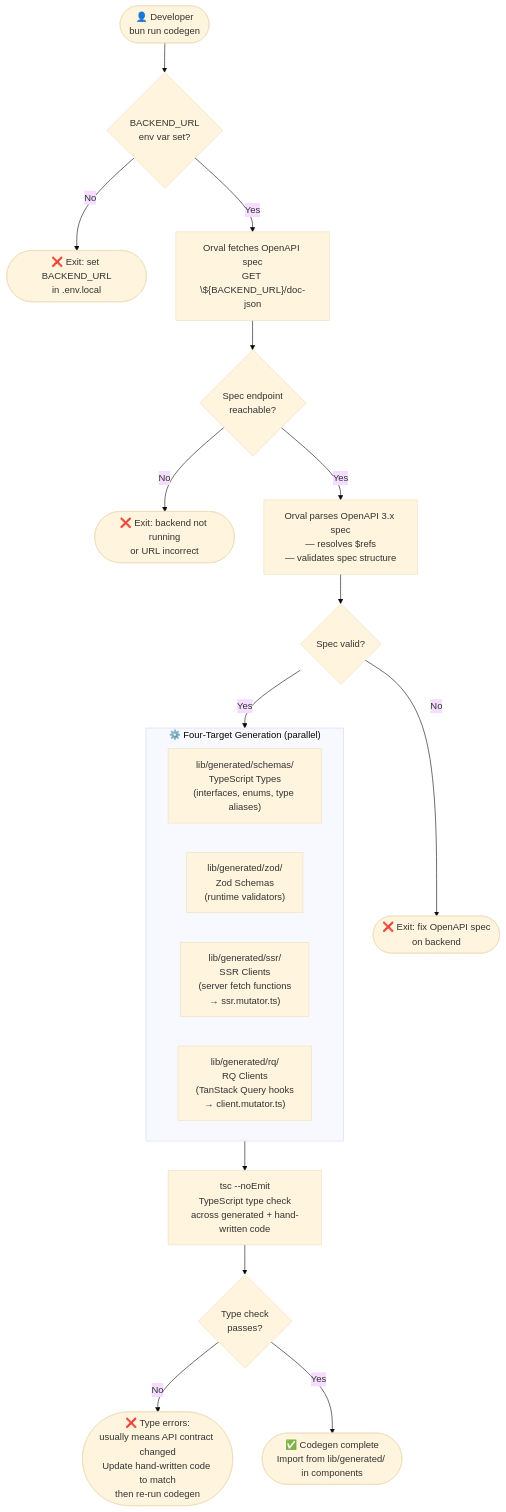
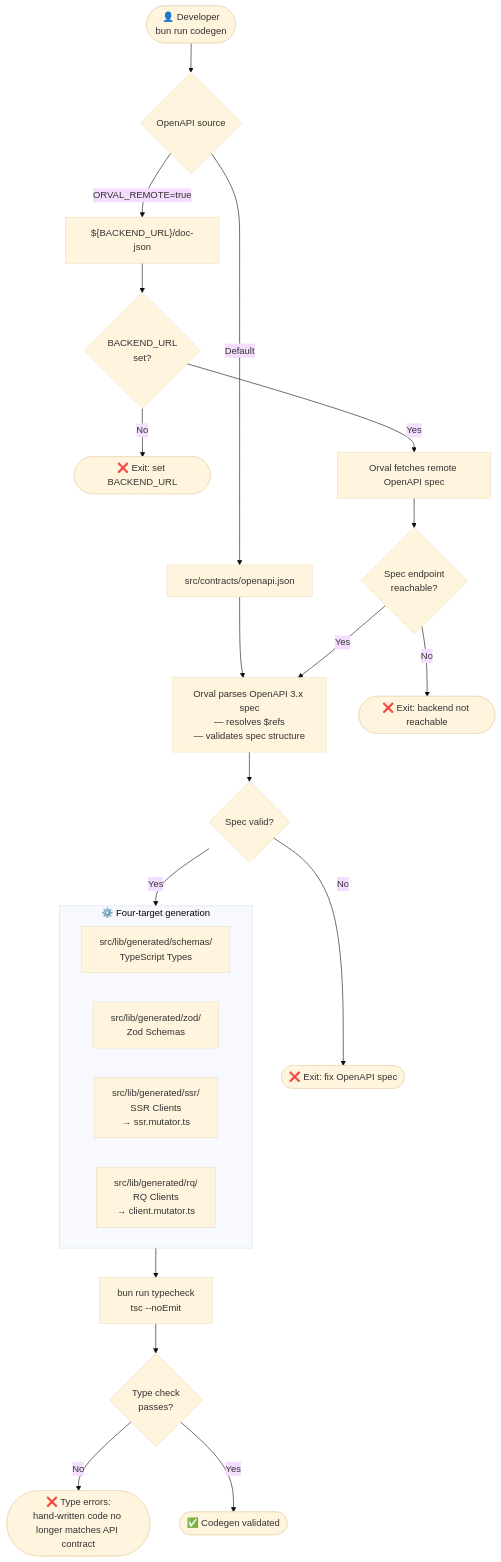
Before and after one commit to gokerDEV/bff-pattern: the first of 2 diagrams in docs/design/v8-codegen-pipeline.md, drawn with Mermaid (base theme). The commit also changed other lines of this file, not shown here.

Commit message:
docs: align codegen pipeline with scripts

````diff
--- a/docs/design/v8-codegen-pipeline.md
+++ b/docs/design/v8-codegen-pipeline.md
@@ -9,33 +20,34 @@
 ```mermaid
 flowchart TD
     DEV(["👤 Developer\nbun run codegen"])
 
-    DEV --> ENV{BACKEND_URL\nenv var set?}
-    ENV -->|No| ERR1(["❌ Exit: set BACKEND_URL\nin .env.local"])
-    ENV -->|Yes| FETCH
+    DEV --> SOURCE{OpenAPI source}
+    SOURCE -->|Default| LOCAL["src/contracts/openapi.json"]
+    SOURCE -->|ORVAL_REMOTE=true| REMOTE["${BACKEND_URL}/doc-json"]
 
-    FETCH["Orval fetches OpenAPI spec\nGET \${BACKEND_URL}/doc-json"]
+    LOCAL --> PARSE
+    REMOTE --> ENV{BACKEND_URL\nset?}
+    ENV -->|No| ERR1(["❌ Exit: set BACKEND_URL"])
+    ENV -->|Yes| FETCH["Orval fetches remote OpenAPI spec"]
     FETCH --> REACH{Spec endpoint\nreachable?}
-    REACH -->|No| ERR2(["❌ Exit: backend not running\nor URL incorrect"])
+    REACH -->|No| ERR2(["❌ Exit: backend not reachable"])
     REACH -->|Yes| PARSE
 
     PARSE["Orval parses OpenAPI 3.x spec\n— resolves $refs\n— validates spec structure"]
     PARSE --> VALID{Spec valid?}
-    VALID -->|No| ERR3(["❌ Exit: fix OpenAPI spec\non backend"])
+    VALID -->|No| ERR3(["❌ Exit: fix OpenAPI spec"])
     VALID -->|Yes| GEN
 
-    subgraph GEN["⚙️ Four-Target Generation (parallel)"]
+    subgraph GEN["⚙️ Four-target generation"]
         direction LR
-        G1["lib/generated/schemas/\nTypeScript Types\n(interfaces, enums, type aliases)"]
-        G2["lib/generated/zod/\nZod Schemas\n(runtime validators)"]
-        G3["lib/generated/ssr/\nSSR Clients\n(server fetch functions\n→ ssr.mutator.ts)"]
-        G4["lib/generated/rq/\nRQ Clients\n(TanStack Query hooks\n→ client.mutator.ts)"]
+        G1["src/lib/generated/schemas/\nTypeScript Types"]
+        G2["src/lib/generated/zod/\nZod Schemas"]
+        G3["src/lib/generated/ssr/\nSSR Clients\n→ ssr.mutator.ts"]
+        G4["src/lib/generated/rq/\nRQ Clients\n→ client.mutator.ts"]
     end
 
-    GEN --> TSC
-
-    TSC["tsc --noEmit\nTypeScript type check\nacross generated + hand-written code"]
+    GEN --> TSC["bun run typecheck\ntsc --noEmit"]
     TSC --> TSOK{Type check\npasses?}
-    TSOK -->|No| ERR4(["❌ Type errors:\nusually means API contract changed\nUpdate hand-written code to match\nthen re-run codegen"])
-    TSOK -->|Yes| DONE(["✅ Codegen complete\nImport from lib/generated/ in components"])
+    TSOK -->|No| ERR4(["❌ Type errors:\nhand-written code no longer matches API contract"])
+    TSOK -->|Yes| DONE(["✅ Codegen validated"])
 ```
````
